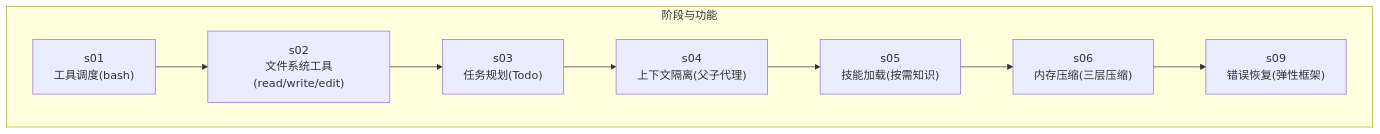
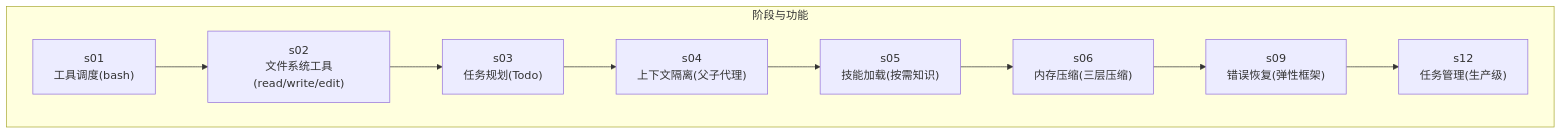
The first of 12 diagrams in .qoder/repowiki/zh/content/核心功能详解/核心功能详解.md (eurekaYYzero/Mini-Claude-Code), drawn with Mermaid before and after one commit. The commit also changed other lines of this file and 5 other files, not shown here.

````diff
--- a/.qoder/repowiki/zh/content/核心功能详解/核心功能详解.md
+++ b/.qoder/repowiki/zh/content/核心功能详解/核心功能详解.md
@@ -70,13 +76,14 @@
 ```mermaid
 graph TB
 subgraph "阶段与功能"
 S01["s01<br/>工具调度(bash)"]
 S02["s02<br/>文件系统工具(read/write/edit)"]
 S03["s03<br/>任务规划(Todo)"]
 S04["s04<br/>上下文隔离(父子代理)"]
 S05["s05<br/>技能加载(按需知识)"]
 S06["s06<br/>内存压缩(三层压缩)"]
 S09["s09<br/>错误恢复(弹性框架)"]
+S12["s12<br/>任务管理(生产级)"]
 end
-S01 --> S02 --> S03 --> S04 --> S05 --> S06 --> S09
+S01 --> S02 --> S03 --> S04 --> S05 --> S06 --> S09 --> S12
 ```
````
